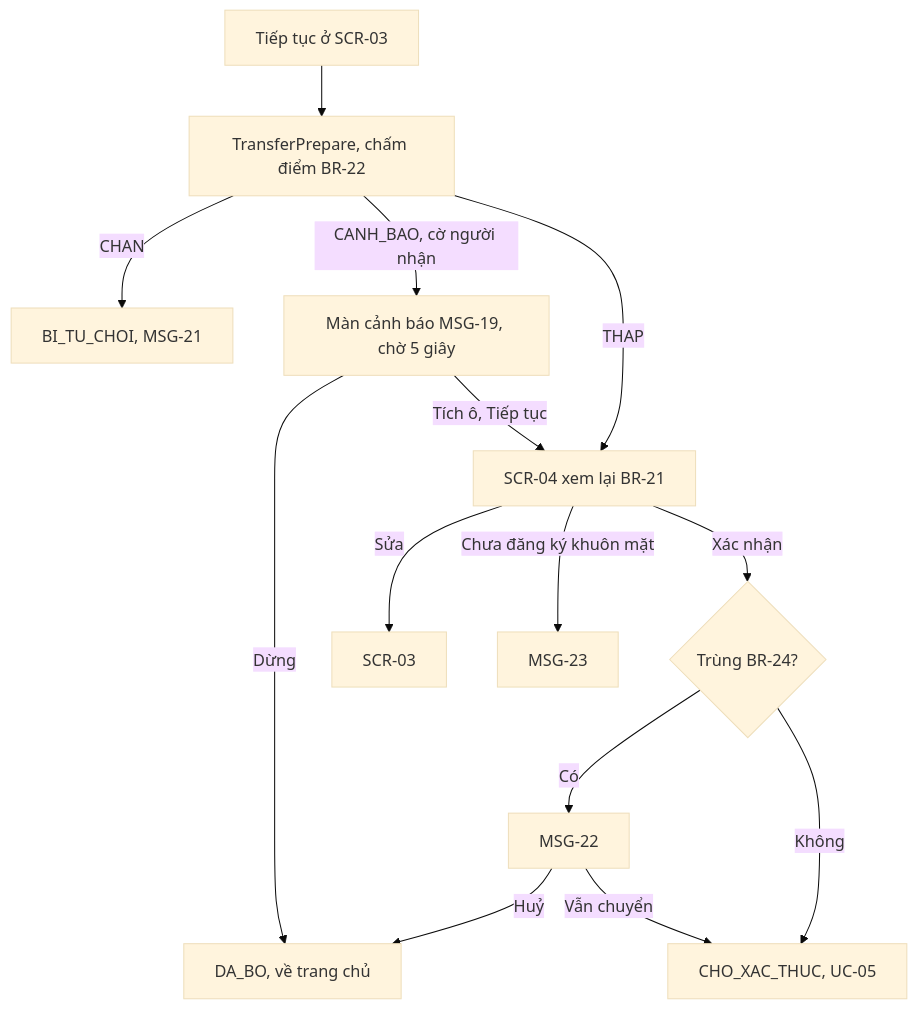
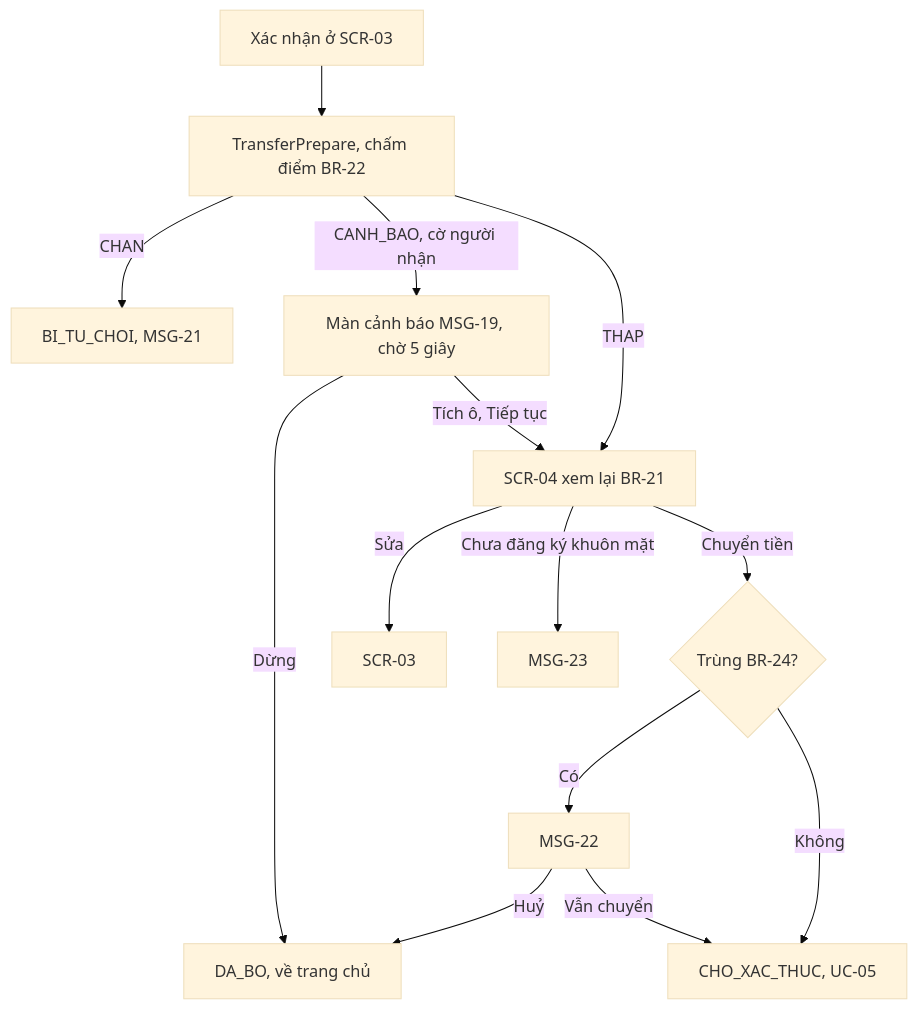
One commit to uxfoundation-vn/de04-chuyen-khoan-qr changed the seventh of 13 diagrams in docs/SRS.md. Above: the diagram before and after it, drawn with Mermaid (base theme). The commit also changed other lines of this file and 2 other files, not shown here.

First line of the commit message:
Đề 4: bấm Xác nhận ở màn chọn số tiền rồi mới xem lại giao dịch

````diff
--- a/docs/SRS.md
+++ b/docs/SRS.md
@@ -379,16 +379,16 @@
 ```mermaid
 flowchart TD
-  A["Tiếp tục ở SCR-03"] --> B["TransferPrepare, chấm điểm BR-22"]
+  A["Xác nhận ở SCR-03"] --> B["TransferPrepare, chấm điểm BR-22"]
   B -->|CHAN| B1["BI_TU_CHOI, MSG-21"]
   B -->|CANH_BAO, cờ người nhận| C["Màn cảnh báo MSG-19, chờ 5 giây"]
   C -->|Dừng| X["DA_BO, về trang chủ"]
   C -->|Tích ô, Tiếp tục| D
   B -->|THAP| D["SCR-04 xem lại BR-21"]
   D -->|Sửa| E["SCR-03"]
   D -->|Chưa đăng ký khuôn mặt| D1["MSG-23"]
-  D -->|Xác nhận| F{"Trùng BR-24?"}
+  D -->|Chuyển tiền| F{"Trùng BR-24?"}
   F -->|Có| G["MSG-22"]
   G -->|Huỷ| X
   G -->|Vẫn chuyển| H
   F -->|Không| H["CHO_XAC_THUC, UC-05"]
 ```
````
